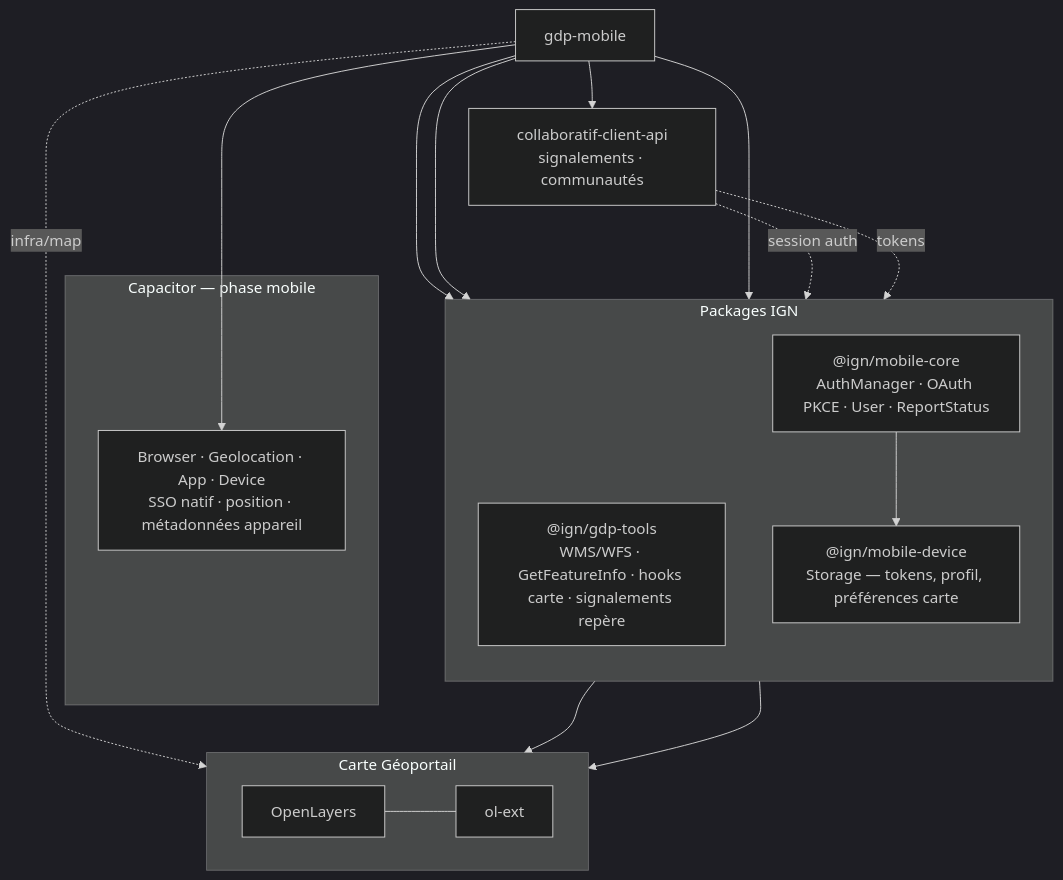
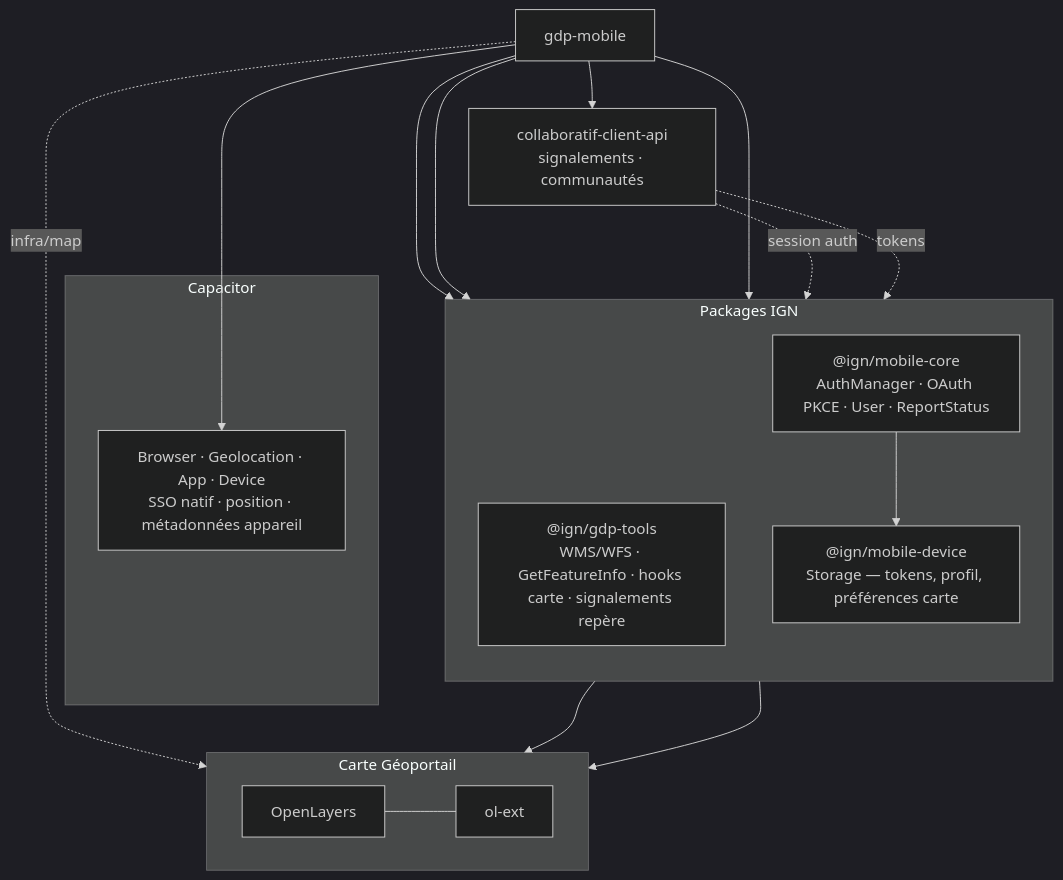
The first of 2 diagrams in docs/ARCHITECTURE.md (IGNF/gdp-mobile), drawn with Mermaid (dark theme) before and after one commit. The commit also changed other lines of this file and 43 other files, not shown here.

````diff
--- a/docs/ARCHITECTURE.md
+++ b/docs/ARCHITECTURE.md
@@ -30,41 +29,41 @@
 ```mermaid
 flowchart TB
   APP["gdp-mobile"]
 
   subgraph ign["Packages IGN"]
     direction TB
     GDP["@ign/gdp-tools<br/>WMS/WFS · GetFeatureInfo · hooks carte · signalements repère"]
     MC["@ign/mobile-core<br/>AuthManager · OAuth PKCE · User · ReportStatus"]
     MD["@ign/mobile-device<br/>Storage — tokens, profil, préférences carte"]
     MC --> MD
   end
 
   CC["collaboratif-client-api<br/>signalements · communautés"]
 
-  subgraph cap["Capacitor — phase mobile"]
+  subgraph cap["Capacitor"]
     CAP["Browser · Geolocation · App · Device<br/>SSO natif · position · métadonnées appareil"]
   end
 
   subgraph carte["Carte Géoportail"]
     direction LR
     OL["OpenLayers"]
     OLE["ol-ext"]
     OL --- OLE
   end
 
   APP --> GDP
   APP --> MC
   APP --> MD
   APP --> CC
   APP --> CAP
   APP -.->|"infra/map"| OL
 
   GDP --> OL
   GDP --> OLE
 
   CC -.->|"session auth"| MC
   CC -.->|"tokens"| MD
 
   cap ~~~ carte
   CC ~~~ carte
 ```
````
